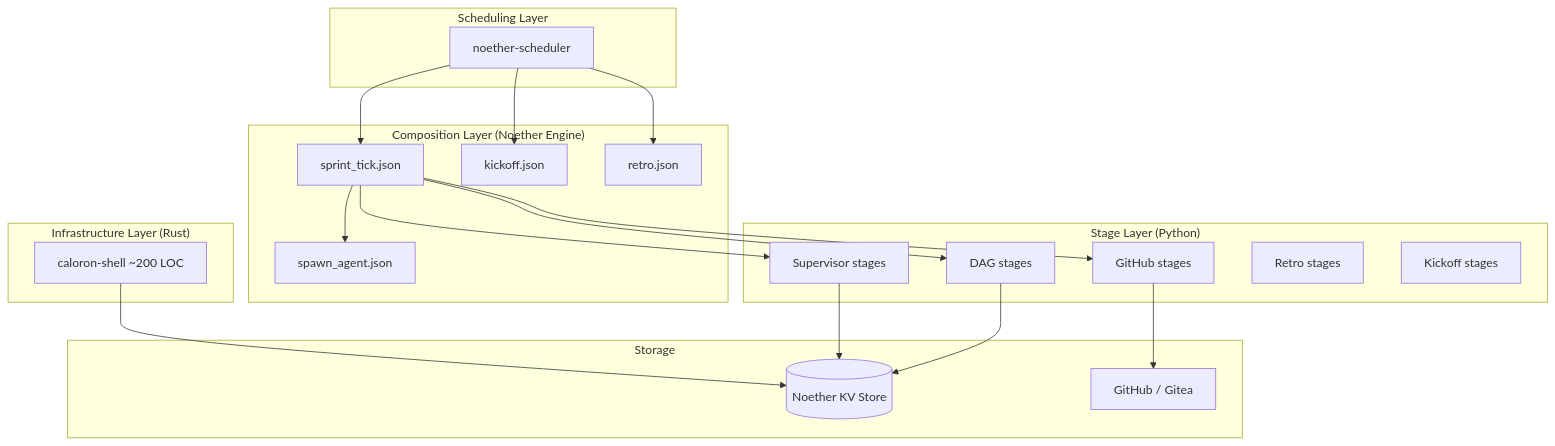
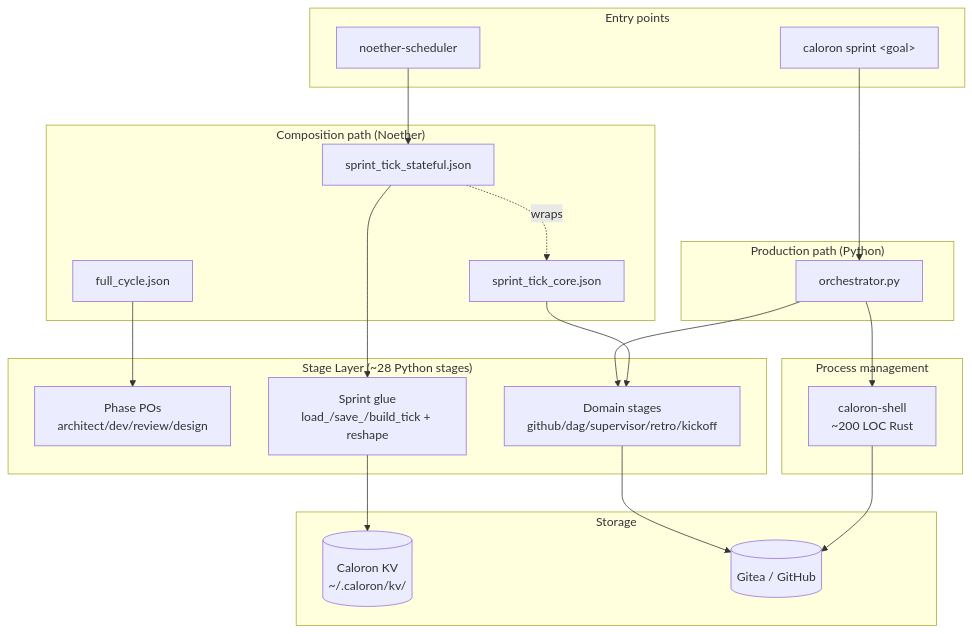
One commit to alpibrusl/caloron-noether changed the diagram in docs/guide/architecture.md. Above: the diagram before and after it, drawn with Mermaid. The commit also changed other lines of this file and 11 other files, not shown here.

````diff
--- a/docs/guide/architecture.md
+++ b/docs/guide/architecture.md
@@ -5,42 +5,44 @@
 ```mermaid
 graph TB
-    subgraph "Scheduling Layer"
-        SCH[noether-scheduler]
+    subgraph "Entry points"
+        CLI["caloron sprint &lt;goal&gt;"]
+        SCHED[noether-scheduler]
     end
-    
-    subgraph "Composition Layer (Noether Engine)"
-        TICK[sprint_tick.json]
-        KICK[kickoff.json]
-        RETRO[retro.json]
-        SPAWN[spawn_agent.json]
+
+    subgraph "Production path (Python)"
+        ORCH[orchestrator.py]
     end
-    
-    subgraph "Stage Layer (Python)"
-        GH[GitHub stages]
-        DAG[DAG stages]
-        SUP[Supervisor stages]
-        RET[Retro stages]
-        KF[Kickoff stages]
+
+    subgraph "Composition path (Noether)"
+        FULL[full_cycle.json]
+        TICK[sprint_tick_stateful.json]
+        CORE[sprint_tick_core.json]
+        TICK -.wraps.-> CORE
     end
-    
-    subgraph "Infrastructure Layer (Rust)"
-        SHELL[caloron-shell ~200 LOC]
+
+    subgraph "Stage Layer (~28 Python stages)"
+        PHASE[Phase POs<br/>architect/dev/review/design]
+        DOMAIN[Domain stages<br/>github/dag/supervisor/retro/kickoff]
+        SHIM[Sprint glue<br/>load_/save_/build_tick + reshape]
     end
-    
+
     subgraph "Storage"
-        KV[(Noether KV Store)]
-        GITEA[GitHub / Gitea]
+        KV[(Caloron KV<br/>~/.caloron/kv/)]
+        GITEA[(Gitea / GitHub)]
     end
-    
-    SCH --> TICK
-    SCH --> KICK
-    SCH --> RETRO
-    TICK --> GH
-    TICK --> DAG
-    TICK --> SUP
-    TICK --> SPAWN
-    GH --> GITEA
-    DAG --> KV
-    SUP --> KV
-    SHELL --> KV
+
+    subgraph "Process management"
+        SHELL[caloron-shell<br/>~200 LOC Rust]
+    end
+
+    CLI --> ORCH
+    SCHED --> TICK
+    ORCH --> DOMAIN
+    ORCH --> SHELL
+    FULL --> PHASE
+    TICK --> SHIM
+    CORE --> DOMAIN
+    SHIM --> KV
+    DOMAIN --> GITEA
+    SHELL --> GITEA
 ```
````
